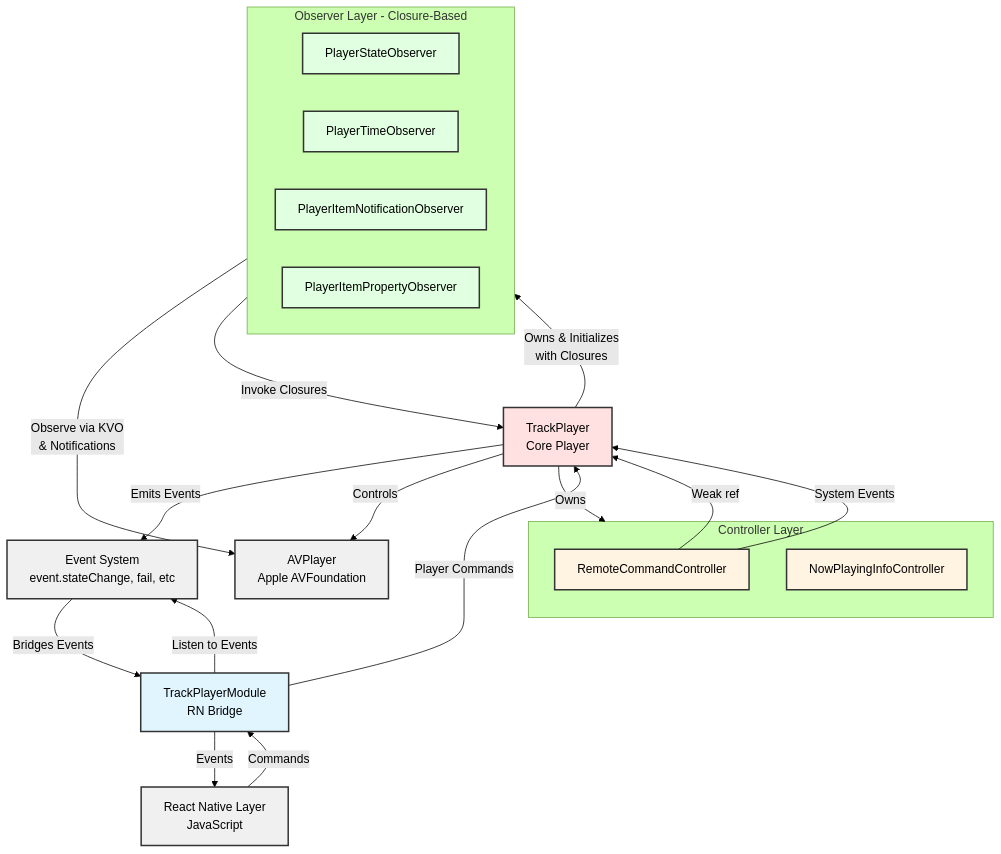
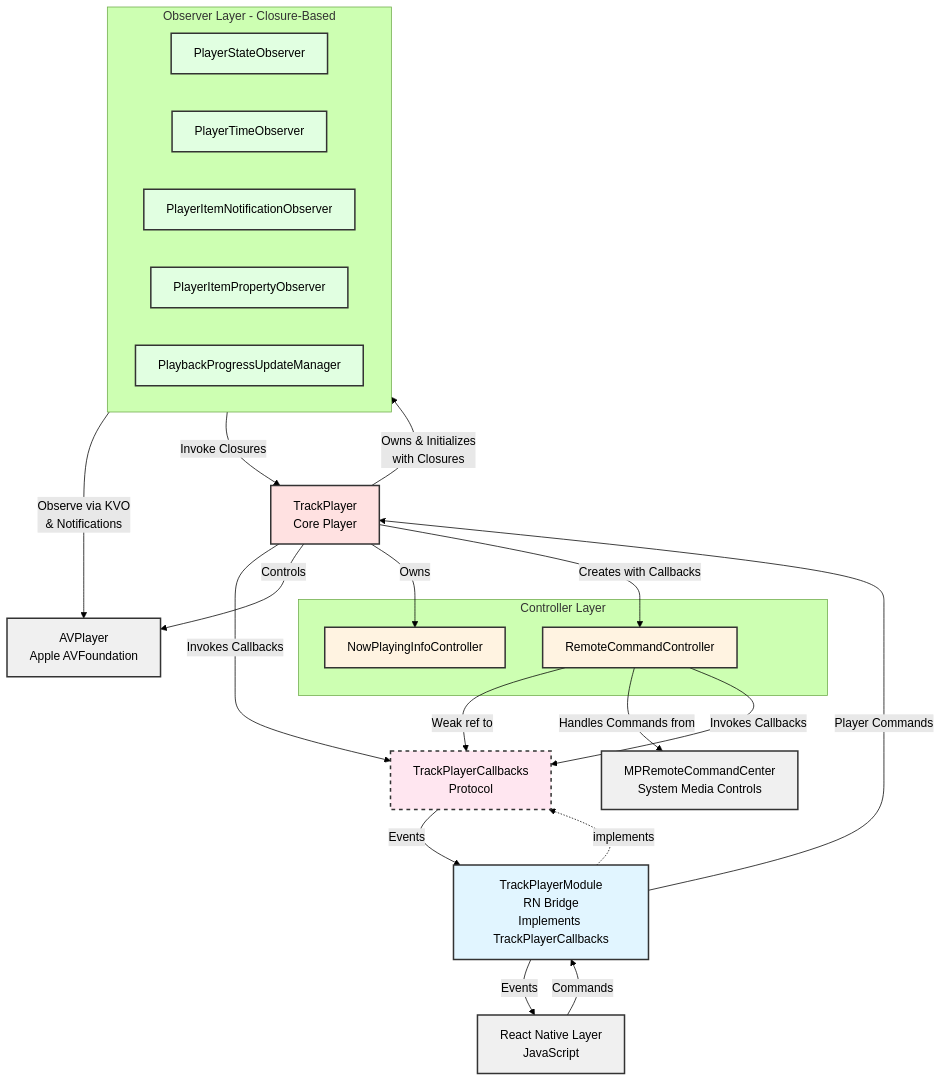
Before and after one commit to 5-stones/react-native-track-player: the diagram in ios/CLAUDE.md, drawn with Mermaid (forest theme). The commit also changed other lines of this file and 6 other files, not shown here.

First line of the commit message:
refactor(ios): replace event system with callback interface

````diff
--- a/ios/CLAUDE.md
+++ b/ios/CLAUDE.md
@@ -10,50 +10,56 @@
 ```mermaid
 graph TB
 JS[React Native Layer<br/>JavaScript]
-TPM[TrackPlayerModule<br/>RN Bridge]
+TPM[TrackPlayerModule<br/>RN Bridge<br/>Implements TrackPlayerCallbacks]
 TP[TrackPlayer<br/>Core Player]
-EVT[Event System<br/>event.stateChange, fail, etc]
+CB[TrackPlayerCallbacks<br/>Protocol]
 AVP[AVPlayer<br/>Apple AVFoundation]
+MPRC[MPRemoteCommandCenter<br/>System Media Controls]
 
 subgraph Observers[Observer Layer - Closure-Based]
   PSO[PlayerStateObserver]
   PTO[PlayerTimeObserver]
   PINO[PlayerItemNotificationObserver]
   PIPO[PlayerItemPropertyObserver]
+  PUM[PlaybackProgressUpdateManager]
 end
 
 subgraph Controllers[Controller Layer]
   RCC[RemoteCommandController]
   NPIC[NowPlayingInfoController]
 end
 
 JS -->|Commands| TPM
 TPM -->|Player Commands| TP
-TPM -->|Listen to Events| EVT
+TPM -.->|implements| CB
 
 TP -->|Owns & Initializes<br/>with Closures| Observers
-TP -->|Emits Events| EVT
+TP -->|Invokes Callbacks| CB
 TP -->|Controls| AVP
-TP -->|Owns| Controllers
+TP -->|Owns| NPIC
+TP -->|Creates with Callbacks| RCC
 
 Observers -->|Observe via KVO<br/>& Notifications| AVP
 Observers -->|Invoke Closures| TP
 
-RCC -->|Weak ref| TP
-RCC -->|System Events| TP
+RCC -->|Weak ref to| CB
+RCC -->|Handles Commands from| MPRC
+RCC -->|Invokes Callbacks| CB
 
-EVT -->|Bridges Events| TPM
+CB -->|Events| TPM
 TPM -->|Events| JS
 
 classDef bridge fill:#e1f5ff,stroke:#333,stroke-width:2px
 classDef core fill:#ffe1e1,stroke:#333,stroke-width:2px
 classDef observer fill:#e1ffe1,stroke:#333,stroke-width:2px
 classDef controller fill:#fff3e1,stroke:#333,stroke-width:2px
 classDef platform fill:#f0f0f0,stroke:#333,stroke-width:2px
+classDef protocol fill:#ffe6f0,stroke:#333,stroke-width:2px,stroke-dasharray: 5 5
 
 class TPM bridge
 class TP core
-class PSO,PTO,PINO,PIPO observer
+class PSO,PTO,PINO,PIPO,PUM observer
 class RCC,NPIC controller
-class AVP,JS,EVT platform
+class AVP,JS,MPRC platform
+class CB protocol
 ```
````
